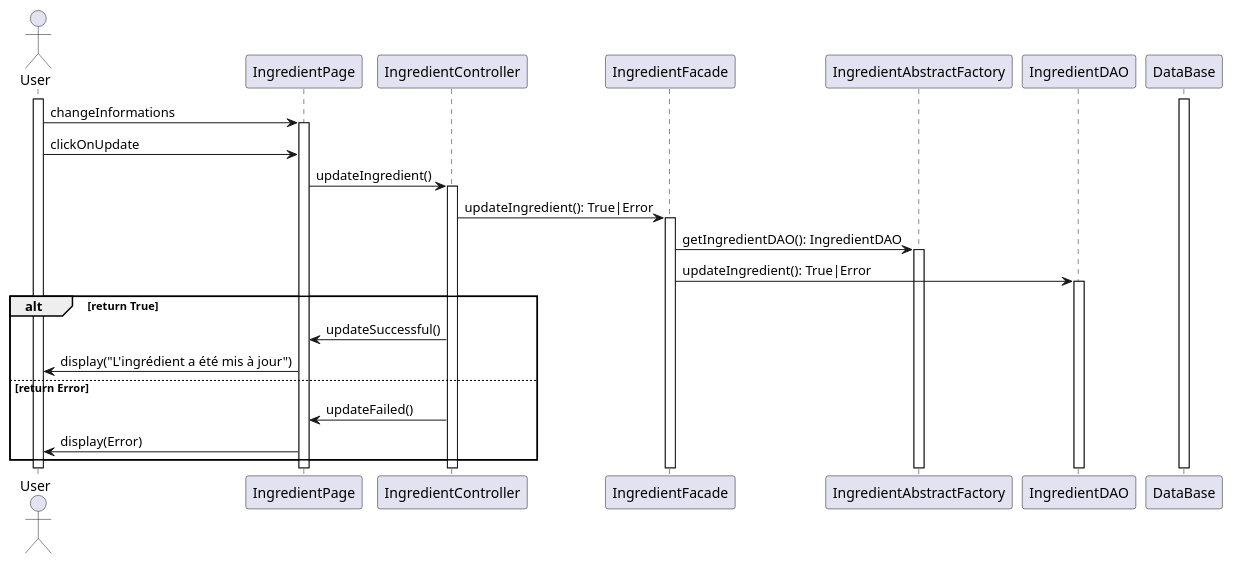
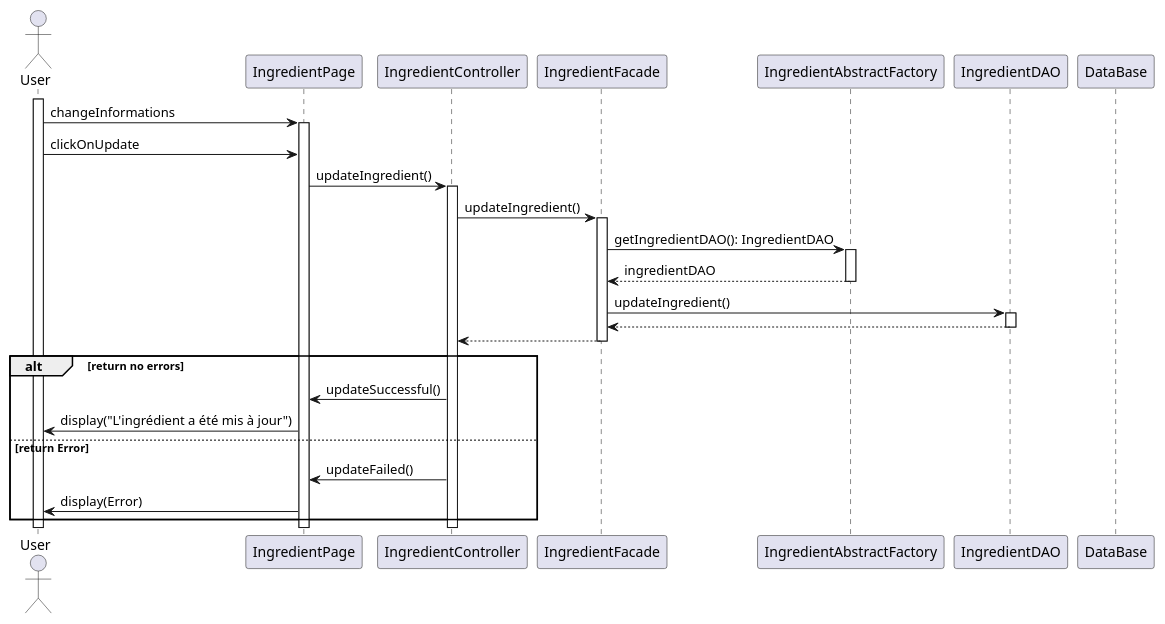
The diagram in doc/reports/prototype/plantuml/IngredientManagement/updateIngredientSequence.plantuml (iusildra/WineCellar), drawn with PlantUML before and after one commit. The commit also changed 6 other files, not shown here.

First line of the commit message:
Recipe & ingredient diagrams (#11)

```diff
--- a/doc/reports/prototype/plantuml/IngredientManagement/updateIngredientSequence.plantuml
+++ b/doc/reports/prototype/plantuml/IngredientManagement/updateIngredientSequence.plantuml
@@ -1,36 +1,38 @@
 @startuml UpdateIngredient
 skinparam responseMessageBelowArrow true
 
 actor User
 participant IngredientPage
 participant IngredientController
 participant IngredientFacade
 participant IngredientAbstractFactory
 participant IngredientDAO
 participant DataBase
 
 activate User
-activate DataBase
 
 User -> IngredientPage++ : changeInformations
 User -> IngredientPage : clickOnUpdate
 
 IngredientPage -> IngredientController++ : updateIngredient()
 
-IngredientController -> IngredientFacade++ : updateIngredient(): True|Error
+IngredientController -> IngredientFacade++ : updateIngredient()
 
 IngredientFacade -> IngredientAbstractFactory++ : getIngredientDAO(): IngredientDAO
-IngredientFacade -> IngredientDAO++ : updateIngredient(): True|Error
+return ingredientDAO
+IngredientFacade -> IngredientDAO++ : updateIngredient()
+return
+return
 
-alt return True
+alt return no errors
   IngredientController -> IngredientPage : updateSuccessful()
 
   IngredientPage -> User : display("L'ingrédient a été mis à jour")
 
 else return Error
   IngredientController -> IngredientPage : updateFailed()
 
   IngredientPage -> User : display(Error)
 end
 
 @enduml
```
